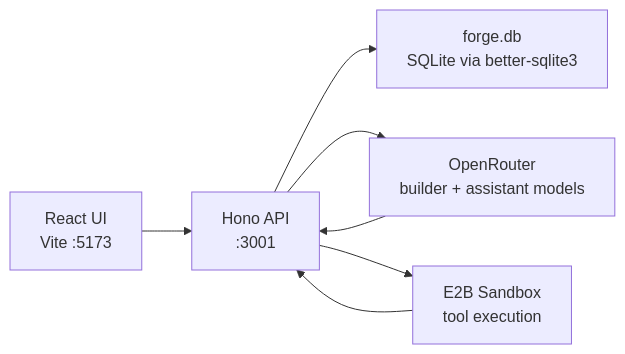
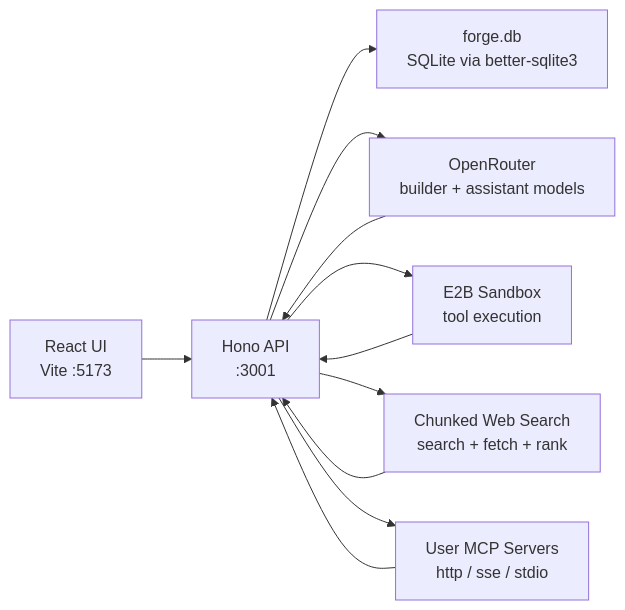
Before and after one commit to juggperc/YunForge: the first of 3 diagrams in README.md, drawn with Mermaid. The commit also changed other lines of this file and 20 other files, not shown here.

Commit message:
Add MCP runtime tools and chunked web search

````diff
--- a/README.md
+++ b/README.md
@@ -37,9 +40,13 @@
 ```mermaid
 flowchart LR
     A["React UI<br/>Vite :5173"] --> B["Hono API<br/>:3001"]
     B --> C["forge.db<br/>SQLite via better-sqlite3"]
     B --> D["OpenRouter<br/>builder + assistant models"]
     B --> E["E2B Sandbox<br/>tool execution"]
+    B --> F["Chunked Web Search<br/>search + fetch + rank"]
+    B --> G["User MCP Servers<br/>http / sse / stdio"]
     D --> B
     E --> B
+    F --> B
+    G --> B
 ```
````
